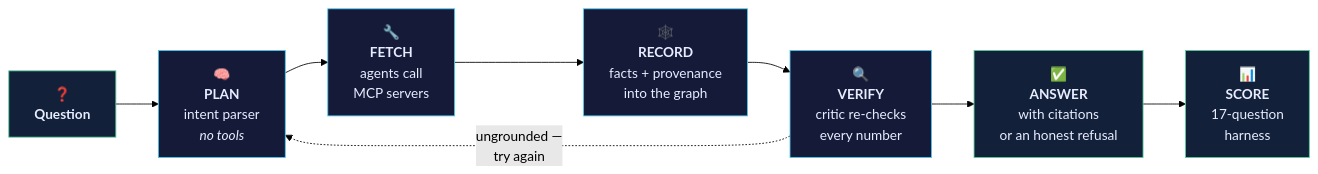
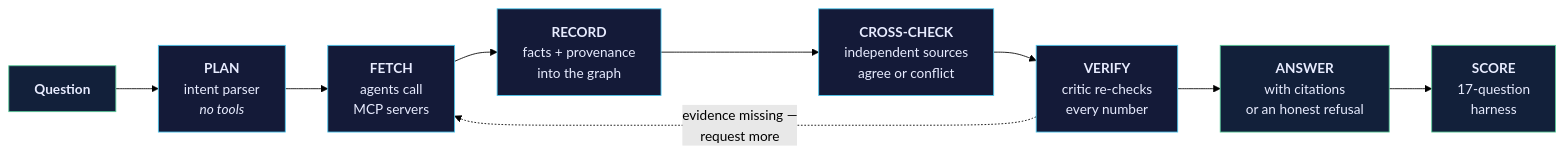
Before and after one commit to haarikaalla/Astral-Graph: the first of 4 diagrams in README.md, drawn with Mermaid (forest theme). The commit also changed other lines of this file and 19 other files, not shown here.

First line of the commit message:
Add cross-source consensus, an evidence loop, and three live-API MCP servers

````diff
--- a/README.md
+++ b/README.md
@@ -37,15 +37,16 @@
 ```mermaid
 flowchart LR
-    Q["❓<br/><b>Question</b>"] --> P["🧠<br/><b>PLAN</b><br/>intent parser<br/><i>no tools</i>"]
-    P --> F["🔧<br/><b>FETCH</b><br/>agents call<br/>MCP servers"]
-    F --> R["🕸️<br/><b>RECORD</b><br/>facts + provenance<br/>into the graph"]
-    R --> V["🔍<br/><b>VERIFY</b><br/>critic re-checks<br/>every number"]
-    V --> A["✅<br/><b>ANSWER</b><br/>with citations<br/>or an honest refusal"]
-    V -.->|"ungrounded —<br/>try again"| P
-    A --> S["📊<br/><b>SCORE</b><br/>17-question<br/>harness"]
+    Q["<b>Question</b>"] --> P["<b>PLAN</b><br/>intent parser<br/><i>no tools</i>"]
+    P --> F["<b>FETCH</b><br/>agents call<br/>MCP servers"]
+    F --> R["<b>RECORD</b><br/>facts + provenance<br/>into the graph"]
+    R --> X["<b>CROSS-CHECK</b><br/>independent sources<br/>agree or conflict"]
+    X --> V["<b>VERIFY</b><br/>critic re-checks<br/>every number"]
+    V --> A["<b>ANSWER</b><br/>with citations<br/>or an honest refusal"]
+    V -.->|"evidence missing —<br/>request more"| F
+    A --> S["<b>SCORE</b><br/>17-question<br/>harness"]
 
     classDef step fill:#141a38,stroke:#4cc9f0,color:#e8ecff
     classDef ends fill:#12203a,stroke:#57cc99,color:#e8ecff
-    class P,F,R,V step
+    class P,F,R,X,V step
     class Q,A,S ends
 ```
````
